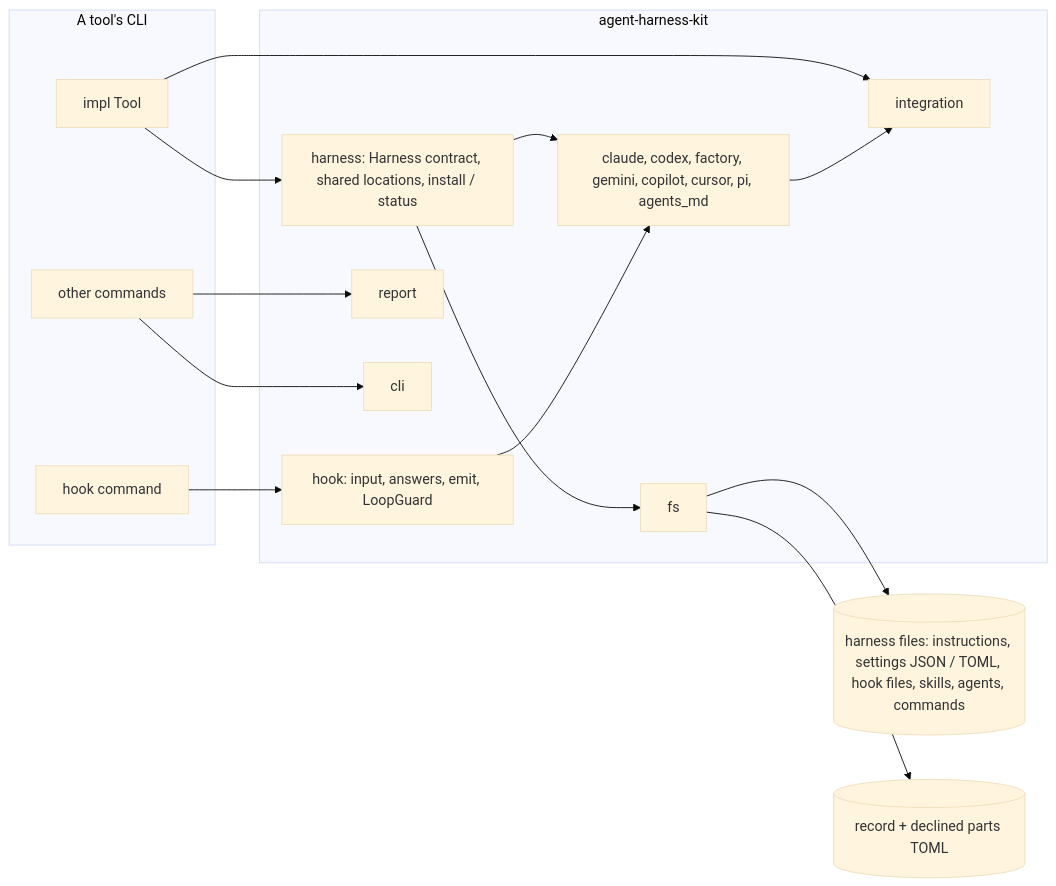
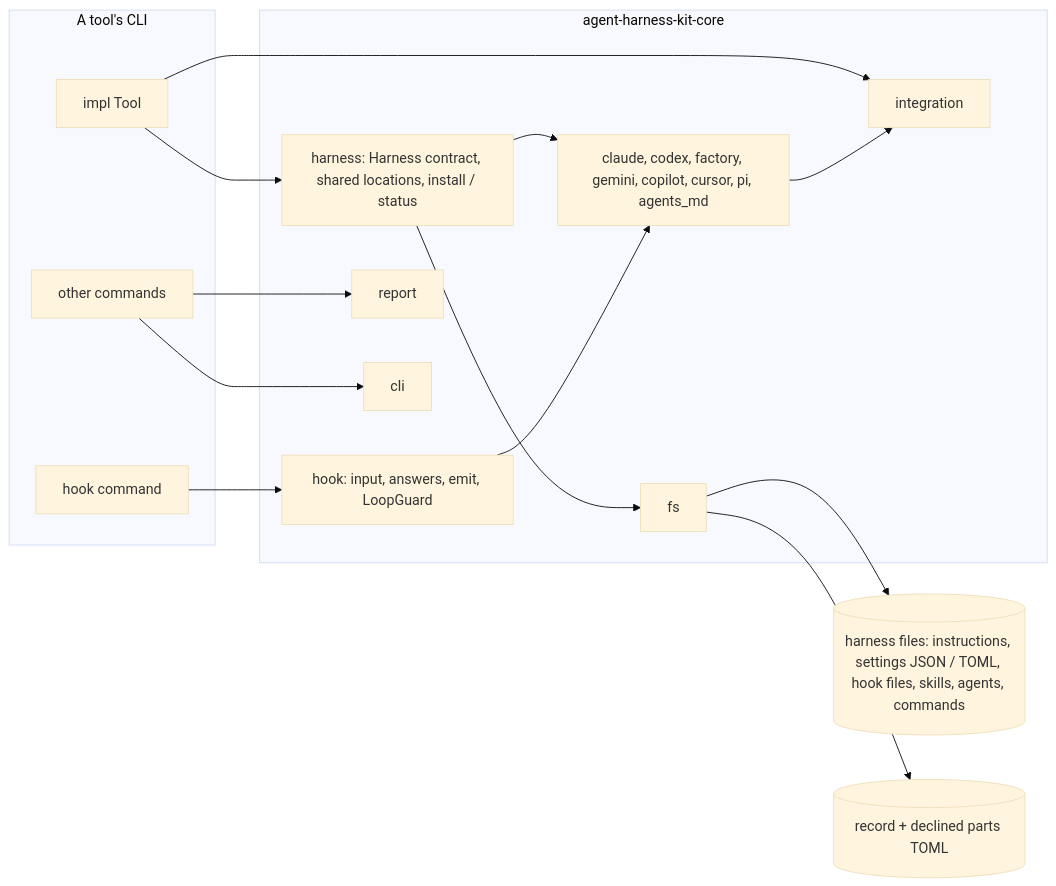
The first of 2 diagrams in .zen/specs/ARCHITECTURE.md (six5536/agent-harness-adapter), drawn with Mermaid (base theme) before and after one commit. The commit also changed other lines of this file and 78 other files, not shown here.

Commit message:
refactor: PLAN-011 P1: a Rust workspace; the library moves unchanged to crates/lib/agent-harness-kit-core

````diff
--- a/.zen/specs/ARCHITECTURE.md
+++ b/.zen/specs/ARCHITECTURE.md
@@ -29,30 +29,30 @@
 ```mermaid
 flowchart LR
     subgraph Tool[A tool's CLI]
         ToolImpl[impl Tool]
         HookCmd[hook command]
         Cmds[other commands]
     end
-    subgraph Kit[agent-harness-kit]
+    subgraph Kit[agent-harness-kit-core]
         Integration[integration]
         Harness[harness: Harness contract, shared locations, install / status]
         Adapters[claude, codex, factory, gemini, copilot, cursor, pi, agents_md]
         Hook[hook: input, answers, emit, LoopGuard]
         Report[report]
         Cli[cli]
         Fs[fs]
     end
     Files[(harness files: instructions, settings JSON / TOML, hook files, skills, agents, commands)]
     Record[(record + declined parts TOML)]
     ToolImpl --> Integration
     ToolImpl --> Harness
     HookCmd --> Hook
     Cmds --> Report
     Cmds --> Cli
     Harness --> Adapters
     Adapters --> Integration
     Hook --> Adapters
     Harness --> Fs
     Fs --> Files
     Fs --> Record
 ```
````
